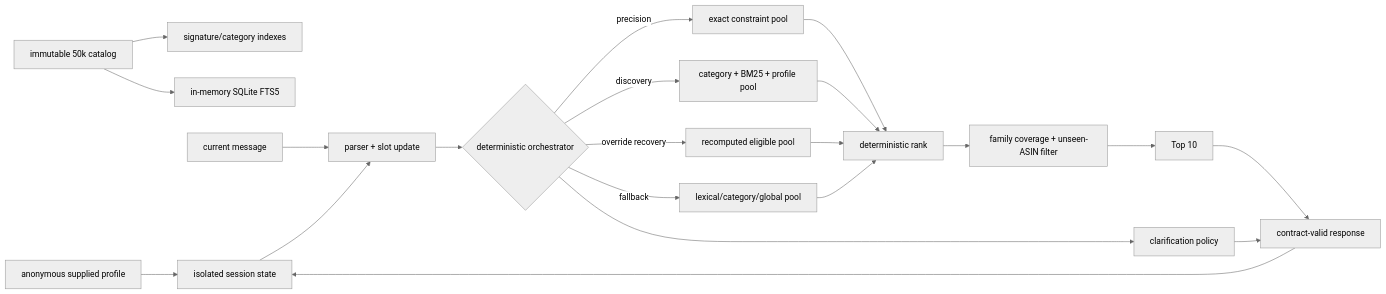
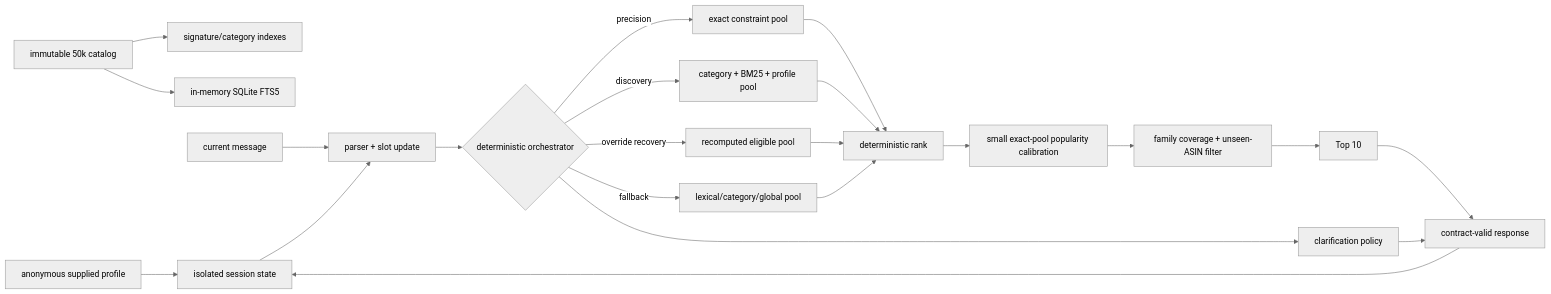
The diagram in README.md (shang-yi-qian/shopping-copilot), drawn with Mermaid (neutral theme) before and after one commit. The commit also changed other lines of this file and 17 other files, not shown here.

````diff
--- a/README.md
+++ b/README.md
@@ -43,23 +42,24 @@
 ```mermaid
 flowchart LR
     A[immutable 50k catalog] --> B[signature/category indexes]
     A --> C[in-memory SQLite FTS5]
     D[anonymous supplied profile] --> E[isolated session state]
     F[current message] --> G[parser + slot update]
     E --> G
     G --> H{deterministic orchestrator}
     H -->|precision| I[exact constraint pool]
     H -->|discovery| J[category + BM25 + profile pool]
     H -->|override recovery| K[recomputed eligible pool]
     H -->|fallback| L[lexical/category/global pool]
     I --> M[deterministic rank]
     J --> M
     K --> M
     L --> M
-    M --> N[family coverage + unseen-ASIN filter]
-    N --> O[Top 10]
+    M --> N[small exact-pool popularity calibration]
+    N --> R[family coverage + unseen-ASIN filter]
+    R --> O[Top 10]
     H --> P[clarification policy]
     O --> Q[contract-valid response]
     P --> Q
     Q --> E
 ```
````
